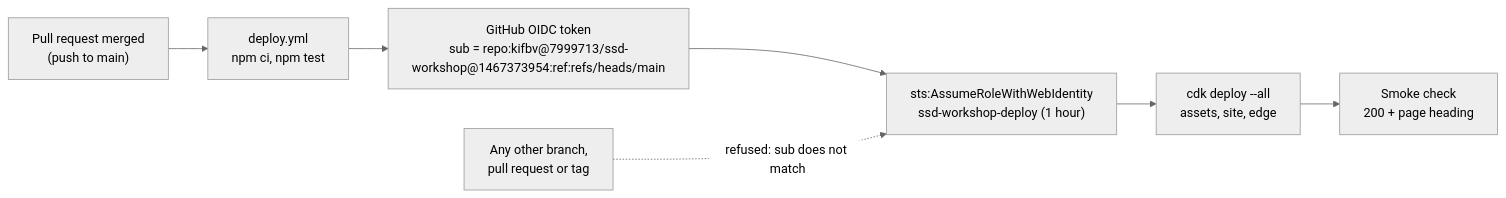
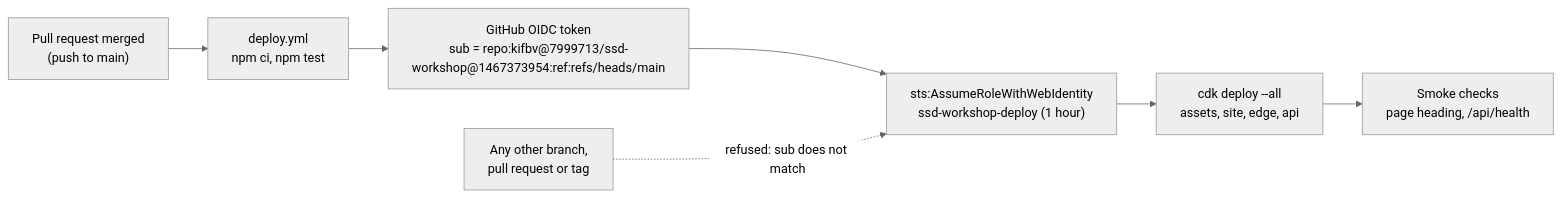
One commit to kifbv/ssd-workshop changed the diagram in infra/README.md. Above: the diagram before and after it, drawn with Mermaid (neutral theme). The commit also changed other lines of this file and 17 other files, not shown here.

````diff
--- a/infra/README.md
+++ b/infra/README.md
@@ -25,9 +27,9 @@
 ```mermaid
 flowchart LR
   merge["Pull request merged<br/>(push to main)"] --> wf["deploy.yml<br/>npm ci, npm test"]
   wf --> oidc["GitHub OIDC token<br/>sub = repo:kifbv@7999713/ssd-workshop@1467373954:ref:refs/heads/main"]
   oidc --> role["sts:AssumeRoleWithWebIdentity<br/>ssd-workshop-deploy (1 hour)"]
-  role --> cdk["cdk deploy --all<br/>assets, site, edge"]
-  cdk --> smoke["Smoke check<br/>200 + page heading"]
+  role --> cdk["cdk deploy --all<br/>assets, site, edge, api"]
+  cdk --> smoke["Smoke checks<br/>page heading, /api/health"]
   other["Any other branch,<br/>pull request or tag"] -.->|"refused: sub does not match"| role
 ```
````
